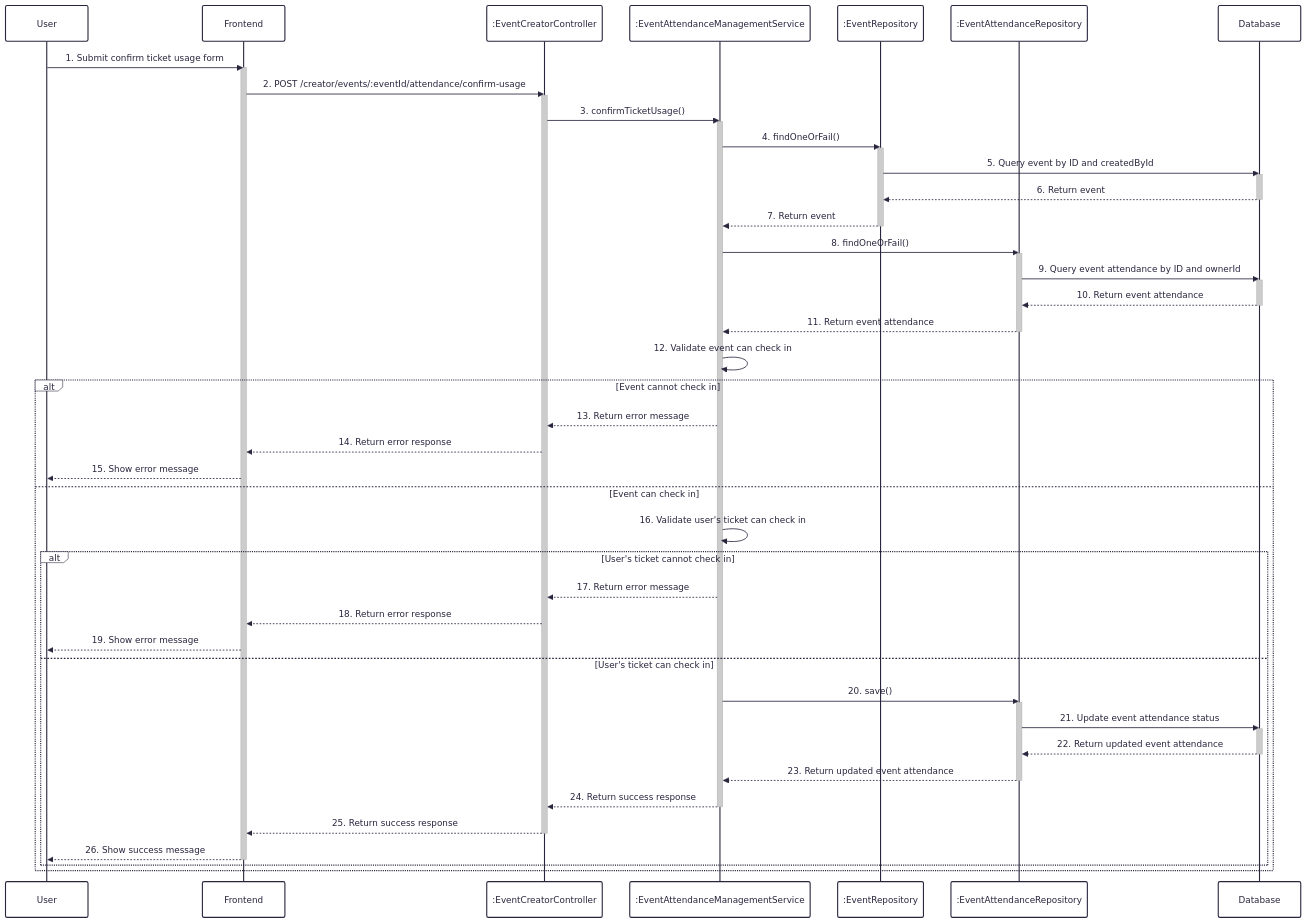
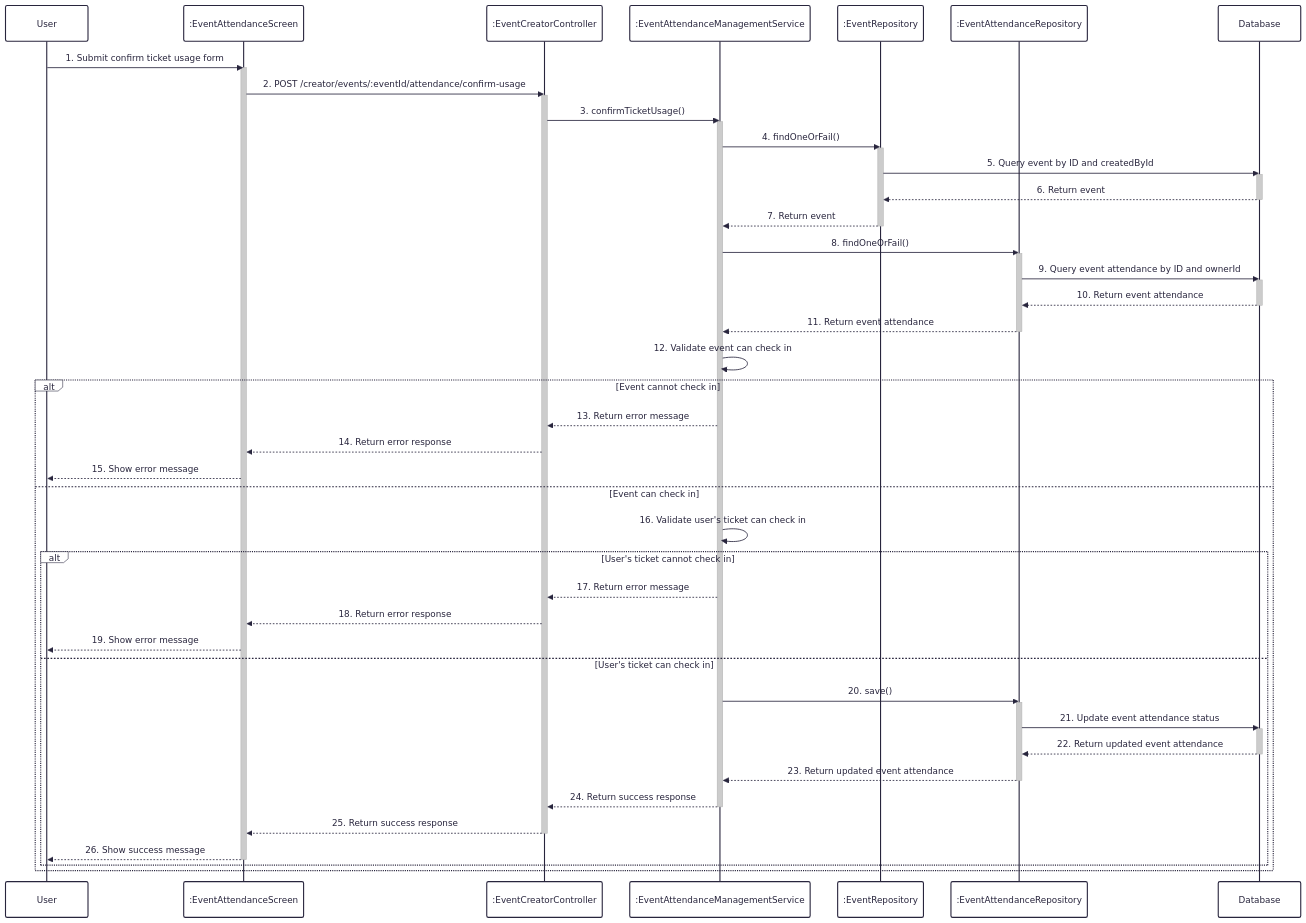
Before and after one commit to UrbanLens-2025/urban-lens_server: the diagram in docs/sequence/10-confirm-ticket-usage.md, drawn with Mermaid. The commit also changed 19 other files, not shown here.

Commit message:
sequence diagram

````diff
--- a/docs/sequence/10-confirm-ticket-usage.md
+++ b/docs/sequence/10-confirm-ticket-usage.md
@@ -1,66 +1,66 @@
 ```mermaid
 ---
 config:
   theme: redux
   look: classic
 ---
 sequenceDiagram
     participant User
-    participant Frontend
+    participant EventAttendanceScreen as :EventAttendanceScreen
     participant EventCreatorController as :EventCreatorController
     participant EventAttendanceManagementService as :EventAttendanceManagementService
     participant EventRepository as :EventRepository
     participant EventAttendanceRepository as :EventAttendanceRepository
     participant Database
 
-    User->>Frontend: 1. Submit confirm ticket usage form
-    activate Frontend
-    Frontend->>EventCreatorController: 2. POST /creator/events/:eventId/attendance/confirm-usage
+    User->>EventAttendanceScreen: 1. Submit confirm ticket usage form
+    activate EventAttendanceScreen
+    EventAttendanceScreen->>EventCreatorController: 2. POST /creator/events/:eventId/attendance/confirm-usage
     activate EventCreatorController
     EventCreatorController->>EventAttendanceManagementService: 3. confirmTicketUsage()
     activate EventAttendanceManagementService
     EventAttendanceManagementService->>EventRepository: 4. findOneOrFail()
     activate EventRepository
     EventRepository->>Database: 5. Query event by ID and createdById
     activate Database
     Database-->>EventRepository: 6. Return event
     deactivate Database
     EventRepository-->>EventAttendanceManagementService: 7. Return event
     deactivate EventRepository
     EventAttendanceManagementService->>EventAttendanceRepository: 8. findOneOrFail()
     activate EventAttendanceRepository
     EventAttendanceRepository->>Database: 9. Query event attendance by ID and ownerId
     activate Database
     Database-->>EventAttendanceRepository: 10. Return event attendance
     deactivate Database
     EventAttendanceRepository-->>EventAttendanceManagementService: 11. Return event attendance
     deactivate EventAttendanceRepository
     EventAttendanceManagementService->>EventAttendanceManagementService: 12. Validate event can check in
     alt Event cannot check in
         EventAttendanceManagementService-->>EventCreatorController: 13. Return error message
-        EventCreatorController-->>Frontend: 14. Return error response
-        Frontend-->>User: 15. Show error message
+        EventCreatorController-->>EventAttendanceScreen: 14. Return error response
+        EventAttendanceScreen-->>User: 15. Show error message
     else Event can check in
         EventAttendanceManagementService->>EventAttendanceManagementService: 16. Validate user's ticket can check in
         alt User's ticket cannot check in
             EventAttendanceManagementService-->>EventCreatorController: 17. Return error message
-            EventCreatorController-->>Frontend: 18. Return error response
-            Frontend-->>User: 19. Show error message
+            EventCreatorController-->>EventAttendanceScreen: 18. Return error response
+            EventAttendanceScreen-->>User: 19. Show error message
         else User's ticket can check in
             EventAttendanceManagementService->>EventAttendanceRepository: 20. save()
             activate EventAttendanceRepository
             EventAttendanceRepository->>Database: 21. Update event attendance status
             activate Database
             Database-->>EventAttendanceRepository: 22. Return updated event attendance
             deactivate Database
             EventAttendanceRepository-->>EventAttendanceManagementService: 23. Return updated event attendance
             deactivate EventAttendanceRepository
             EventAttendanceManagementService-->>EventCreatorController: 24. Return success response
             deactivate EventAttendanceManagementService
-            EventCreatorController-->>Frontend: 25. Return success response
+            EventCreatorController-->>EventAttendanceScreen: 25. Return success response
             deactivate EventCreatorController
-            Frontend-->>User: 26. Show success message
-            deactivate Frontend
+            EventAttendanceScreen-->>User: 26. Show success message
+            deactivate EventAttendanceScreen
         end
     end
 ```
````
